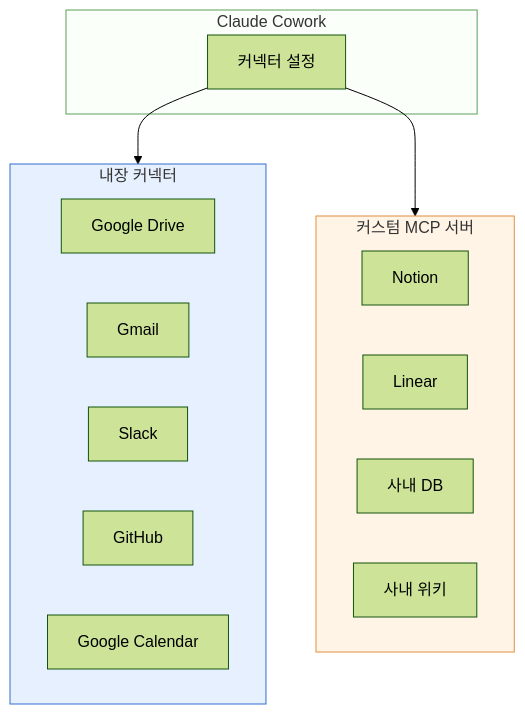
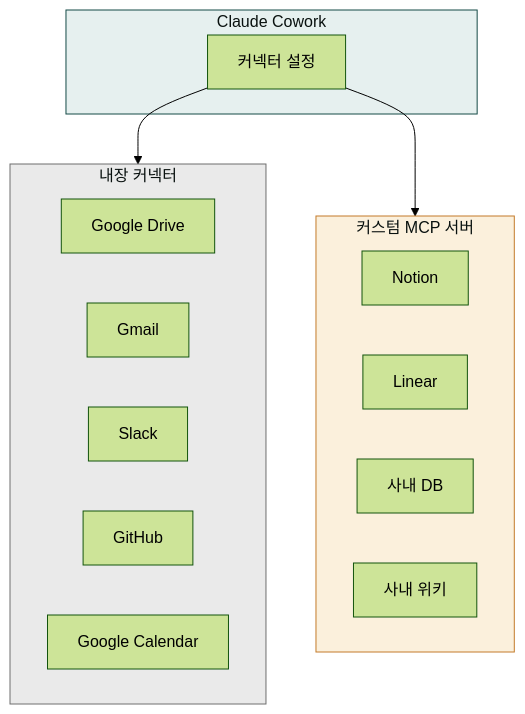
The diagram in content/cowork/connectors-mcp.md (modu-ai/claude), drawn with Mermaid (forest theme) before and after one commit. The commit also changed 97 other files, not shown here.

First line of the commit message:
style(docs-site): mermaid 색상 브랜드 정합 + 라이트 테마 단일화

````diff
--- a/content/cowork/connectors-mcp.md
+++ b/content/cowork/connectors-mcp.md
@@ -11,28 +11,28 @@
 ```mermaid
 flowchart TB
     subgraph CW["Claude Cowork"]
         CONN["커넥터 설정"]
     end
 
     subgraph BuiltIn["내장 커넥터"]
         GDrive["Google Drive"]
         Gmail["Gmail"]
         Slack["Slack"]
         GitHub["GitHub"]
         Cal["Google Calendar"]
     end
 
     subgraph Custom["커스텀 MCP 서버"]
         Notion["Notion"]
         Linear["Linear"]
         DB["사내 DB"]
         Wiki["사내 위키"]
     end
 
     CONN --> BuiltIn
     CONN --> Custom
 
-    style CW fill:#fafffa,stroke:#5aa05a
-    style BuiltIn fill:#e6f0ff,stroke:#3070d0
-    style Custom fill:#fff4e6,stroke:#e09040
+    style CW fill:#e6f0ef,stroke:#144a46,color:#09110f
+    style BuiltIn fill:#eaeaea,stroke:#6e6e6e,color:#09110f
+    style Custom fill:#fbf0dc,stroke:#c47b2a,color:#09110f
 ```
````
